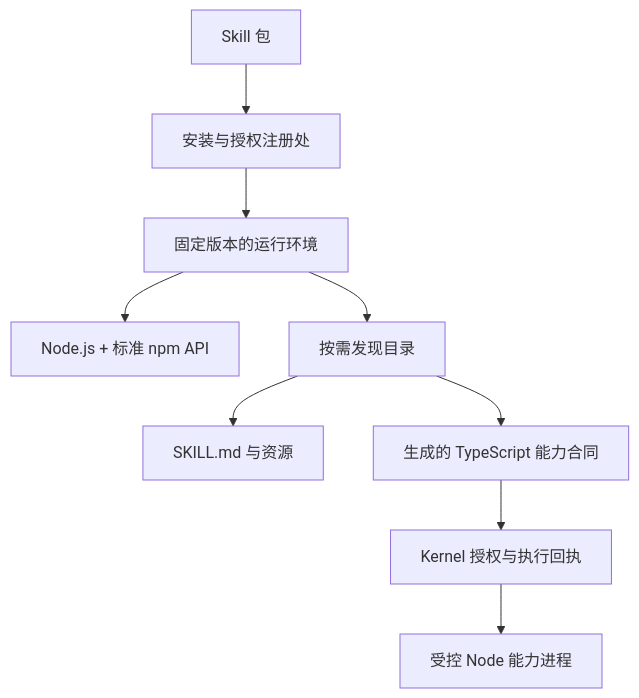
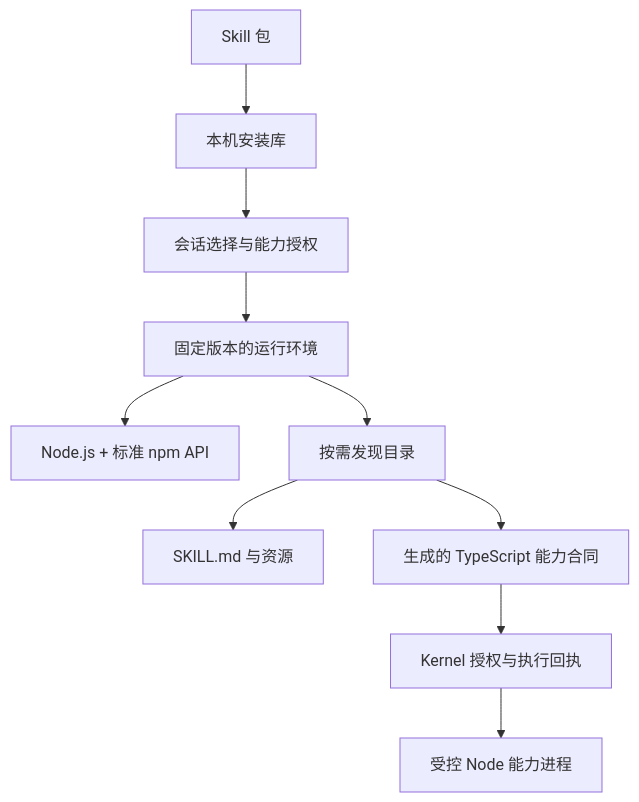
Before and after one commit to VelarOS-AI/VelarOS-Platform: the diagram in docs/architecture/skill-runtime.md, drawn with Mermaid. The commit also changed other lines of this file and 28 other files, not shown here.

````diff
--- a/docs/architecture/skill-runtime.md
+++ b/docs/architecture/skill-runtime.md
@@ -5,11 +5,12 @@
 ```mermaid
 flowchart TD
-  package[Skill 包] --> registry[安装与授权注册处]
-  registry --> environment[固定版本的运行环境]
+  package[Skill 包] --> registry[本机安装库]
+  registry --> selection[会话选择与能力授权]
+  selection --> environment[固定版本的运行环境]
   environment --> node[Node.js + 标准 npm API]
   environment --> catalog[按需发现目录]
   catalog --> instructions[SKILL.md 与资源]
   catalog --> contract[生成的 TypeScript 能力合同]
   contract --> kernel[Kernel 授权与执行回执]
   kernel --> provider[受控 Node 能力进程]
 ```
````
